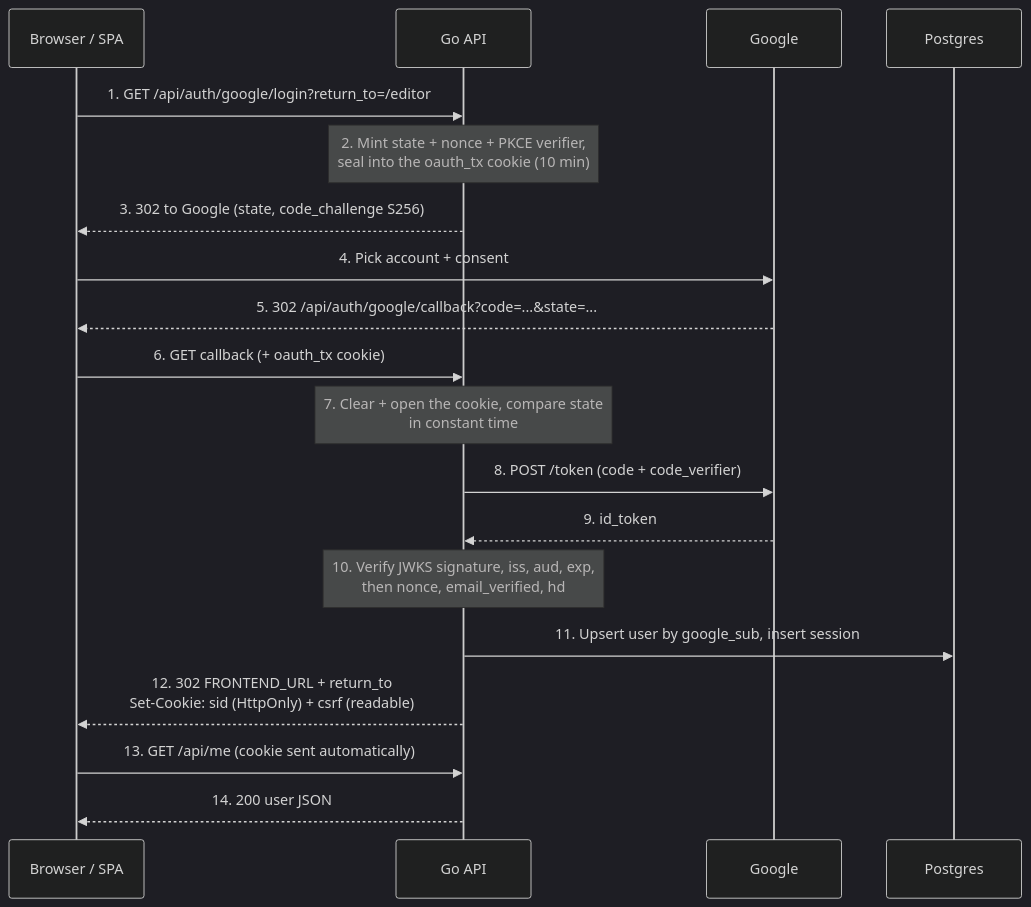
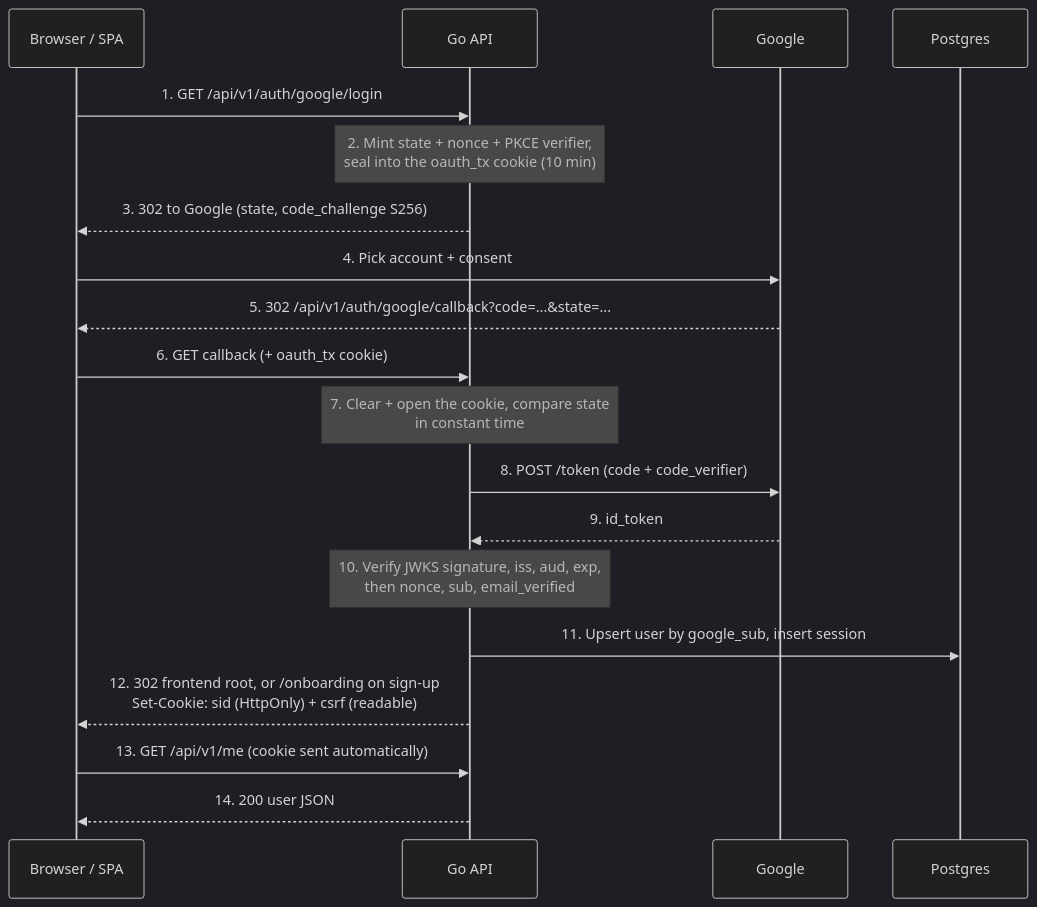
The first of 2 diagrams in internal/auth/README.md (mini-apps-org/league-be), drawn with Mermaid (dark theme) before and after one commit. The commit also changed other lines of this file and 1 other file, not shown here.

Commit message:
docs(auth): rewrite the README against the current code

````diff
--- a/internal/auth/README.md
+++ b/internal/auth/README.md
@@ -68,22 +81,22 @@
 ```mermaid
 sequenceDiagram
     participant F as Browser / SPA
     participant A as Go API
     participant G as Google
     participant D as Postgres
 
-    F->>A: 1. GET /api/auth/google/login?return_to=/editor
+    F->>A: 1. GET /api/v1/auth/google/login
     Note over A: 2. Mint state + nonce + PKCE verifier,<br/>seal into the oauth_tx cookie (10 min)
     A-->>F: 3. 302 to Google (state, code_challenge S256)
     F->>G: 4. Pick account + consent
-    G-->>F: 5. 302 /api/auth/google/callback?code=...&state=...
+    G-->>F: 5. 302 /api/v1/auth/google/callback?code=...&state=...
     F->>A: 6. GET callback (+ oauth_tx cookie)
     Note over A: 7. Clear + open the cookie, compare state<br/>in constant time
     A->>G: 8. POST /token (code + code_verifier)
     G-->>A: 9. id_token
-    Note over A: 10. Verify JWKS signature, iss, aud, exp,<br/>then nonce, email_verified, hd
+    Note over A: 10. Verify JWKS signature, iss, aud, exp,<br/>then nonce, sub, email_verified
     A->>D: 11. Upsert user by google_sub, insert session
-    A-->>F: 12. 302 FRONTEND_URL + return_to<br/>Set-Cookie: sid (HttpOnly) + csrf (readable)
-    F->>A: 13. GET /api/me (cookie sent automatically)
+    A-->>F: 12. 302 frontend root, or /onboarding on sign-up<br/>Set-Cookie: sid (HttpOnly) + csrf (readable)
+    F->>A: 13. GET /api/v1/me (cookie sent automatically)
     A-->>F: 14. 200 user JSON
 ```
````
